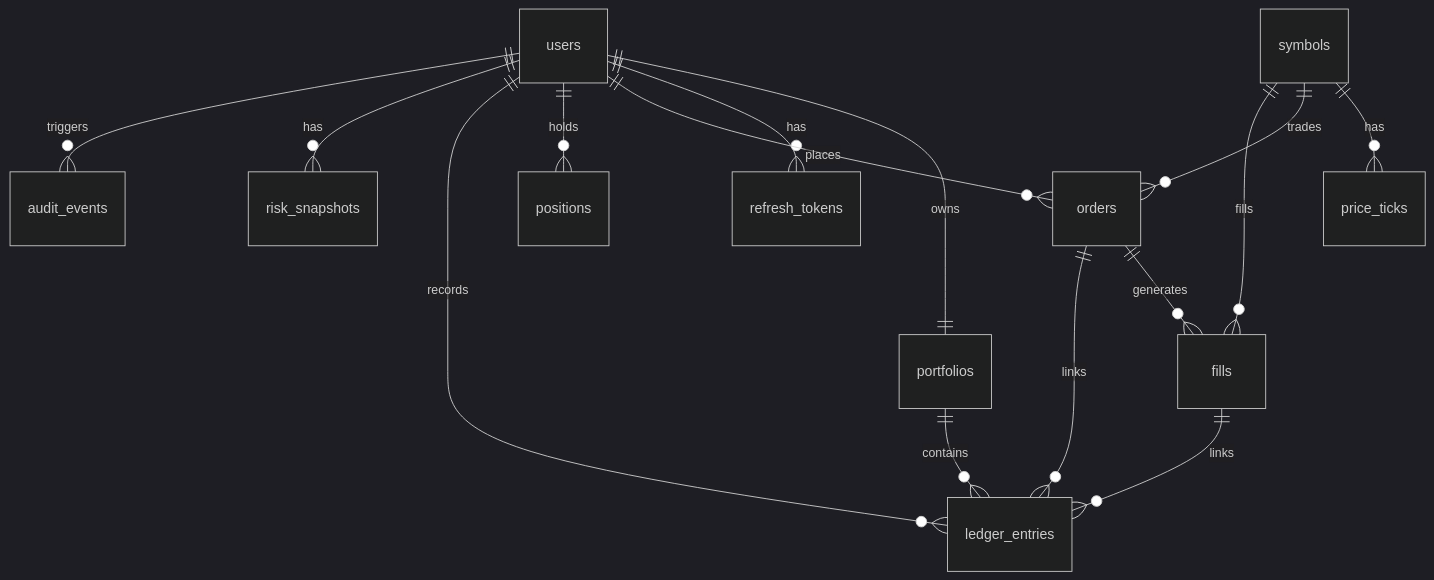
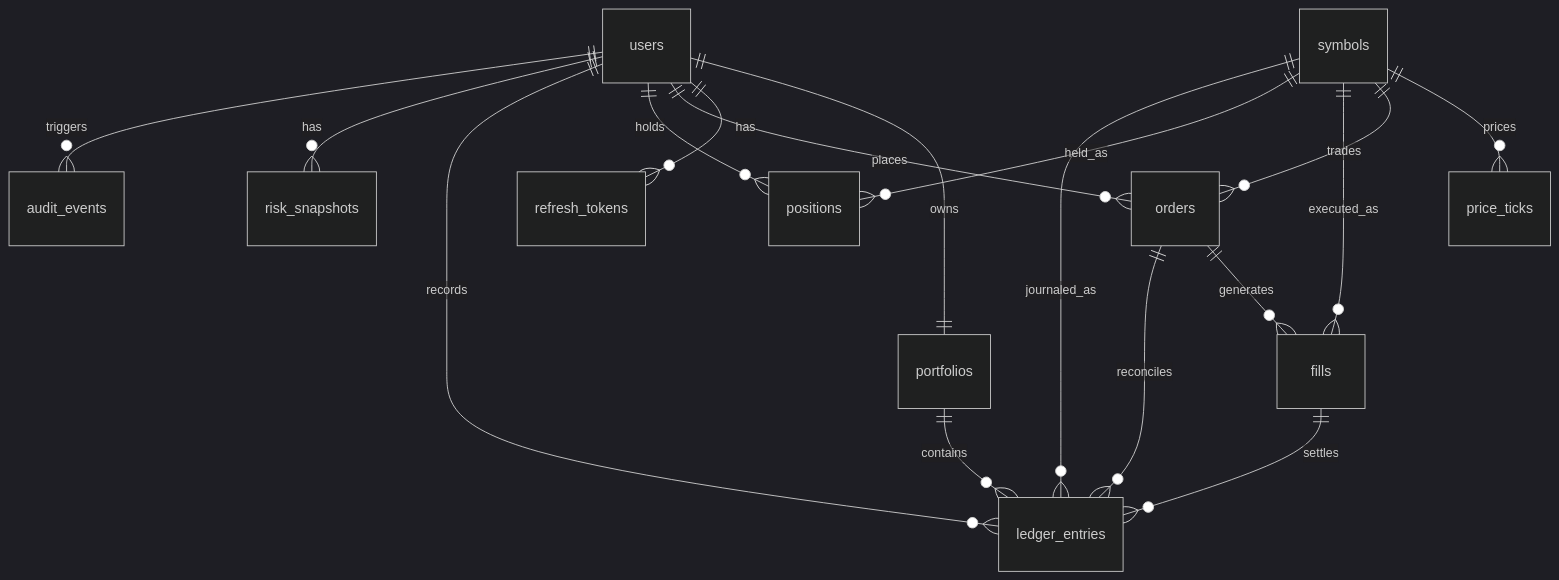
The first of 2 diagrams in docs/data-model.md (rehani1/LedgerStream), drawn with Mermaid (dark theme) before and after one commit. The commit also changed other lines of this file and 2 other files, not shown here.

````diff
--- a/docs/data-model.md
+++ b/docs/data-model.md
@@ -136,17 +14,19 @@
 ```mermaid
 erDiagram
   users ||--|| portfolios : owns
   users ||--o{ refresh_tokens : has
   users ||--o{ orders : places
   users ||--o{ positions : holds
   users ||--o{ ledger_entries : records
   users ||--o{ risk_snapshots : has
   users ||--o{ audit_events : triggers
-  symbols ||--o{ price_ticks : has
+  symbols ||--o{ price_ticks : prices
   symbols ||--o{ orders : trades
-  symbols ||--o{ fills : fills
+  symbols ||--o{ fills : executed_as
+  symbols ||--o{ positions : held_as
+  symbols ||--o{ ledger_entries : journaled_as
   orders ||--o{ fills : generates
-  orders ||--o{ ledger_entries : links
-  fills ||--o{ ledger_entries : links
+  orders ||--o{ ledger_entries : reconciles
+  fills ||--o{ ledger_entries : settles
   portfolios ||--o{ ledger_entries : contains
 ```
````
